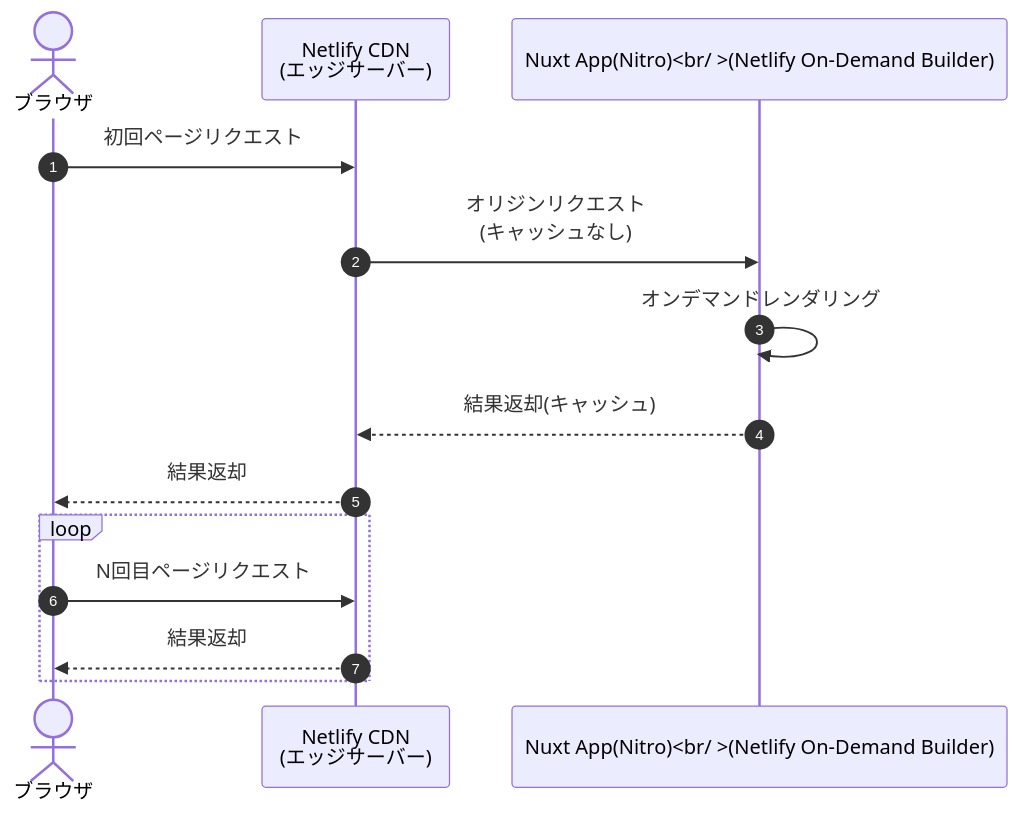
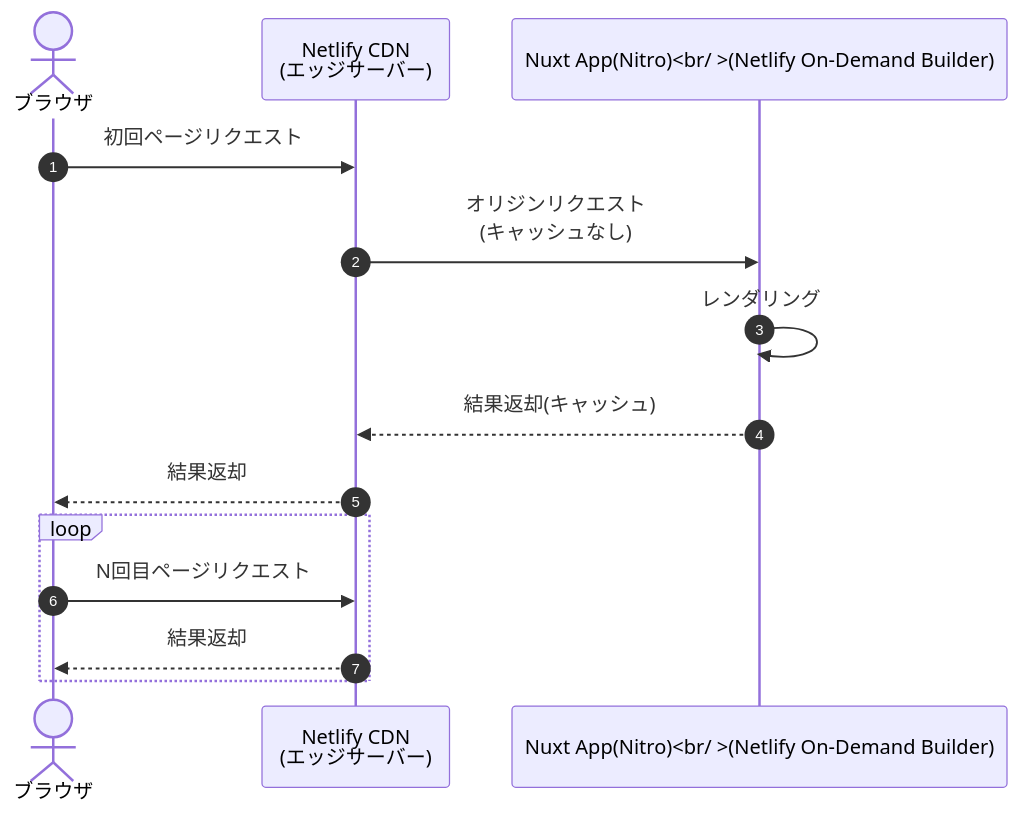
The first of 2 diagrams in src/posts/blogs/2022/1218_nuxt3-hybrid-rendering.md (mamezou-tech/mamezou-tech-site), drawn with Mermaid before and after one commit. The commit also changed other lines of this file, not shown here.

````diff
--- a/src/posts/blogs/2022/1218_nuxt3-hybrid-rendering.md
+++ b/src/posts/blogs/2022/1218_nuxt3-hybrid-rendering.md
@@ -200,16 +200,16 @@
 ```mermaid
 sequenceDiagram
     autonumber
     actor client as ブラウザ
     participant edge as Netlify CDN<br />(エッジサーバー)
     participant app as Nuxt App(Nitro)<br/ >(Netlify On-Demand Builder)
     client->>edge: 初回ページリクエスト
     edge->>app: オリジンリクエスト<br />(キャッシュなし)
-    app->>app: オンデマンドレンダリング
+    app->>app: レンダリング
     app-->>edge: 結果返却(キャッシュ) 
     edge-->>client: 結果返却
     loop
         client->>edge: N回目ページリクエスト
         edge-->>client: 結果返却
     end
 ```
````
